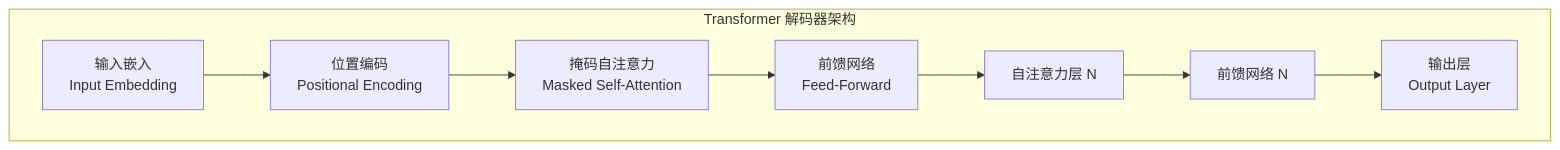
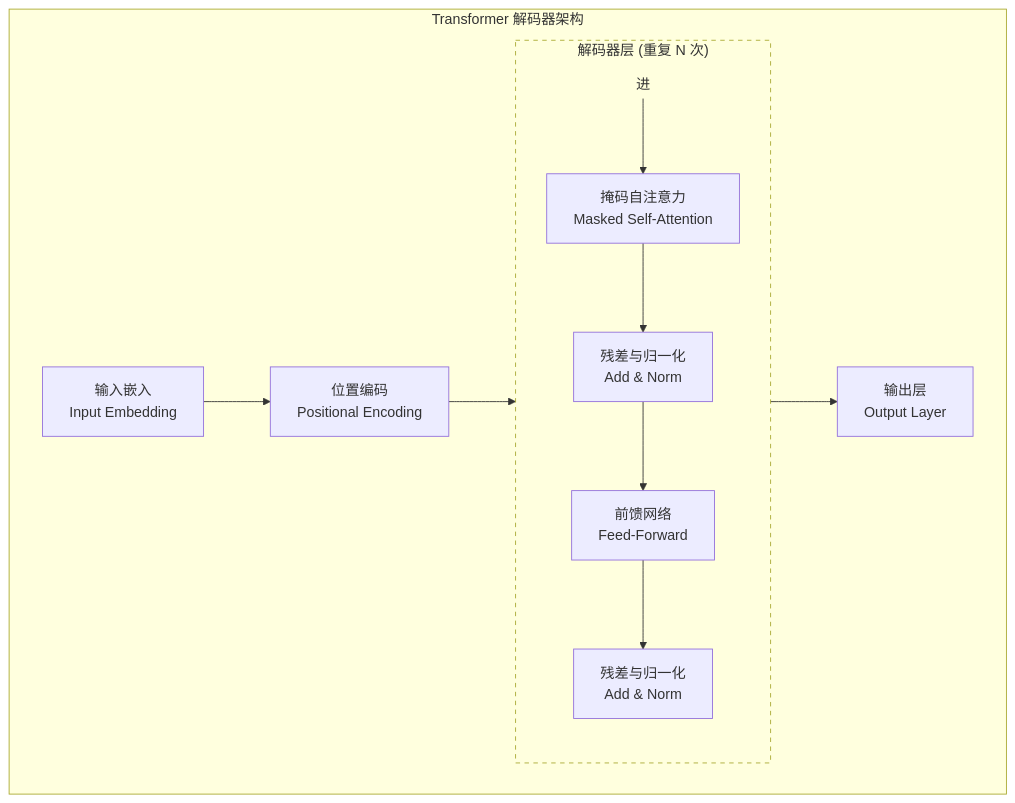
Before and after one commit to yeasy/ai_security_guide: the diagram in 02_fundamentals/2.1_architecture_boundary.md, drawn with Mermaid. The commit also changed other lines of this file and 74 other files, not shown here.

````diff
--- a/02_fundamentals/2.1_architecture_boundary.md
+++ b/02_fundamentals/2.1_architecture_boundary.md
@@ -11,11 +10,22 @@
 ```mermaid
 flowchart TB
     subgraph "Transformer 解码器架构"
-    Input["输入嵌入<br/>Input Embedding"] --> PE["位置编码<br/>Positional Encoding"]
-    PE --> SA1["掩码自注意力<br/>Masked Self-Attention"]
-    SA1 --> FF1["前馈网络<br/>Feed-Forward"]
-    FF1 --> SA2["自注意力层 N"]
-    SA2 --> FF2["前馈网络 N"]
-    FF2 --> Output["输出层<br/>Output Layer"]
+        Input["输入嵌入<br/>Input Embedding"] --> PE["位置编码<br/>Positional Encoding"]
+        
+        PE --> BlockTop
+        
+        subgraph DecoderBlock ["解码器层 (重复 N 次)"]
+            direction TB
+            BlockTop(("进")) --> SA["掩码自注意力<br/>Masked Self-Attention"]
+            SA --> AddNorm1["残差与归一化<br/>Add & Norm"]
+            AddNorm1 --> FF["前馈网络<br/>Feed-Forward"]
+            FF --> AddNorm2["残差与归一化<br/>Add & Norm"]
+        end
+        
+        AddNorm2 --> Output["输出层<br/>Output Layer"]
     end
+    
+    style DecoderBlock stroke-dasharray: 5 5, fill:none
+    style BlockTop display:none
+
 ```
````
